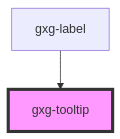
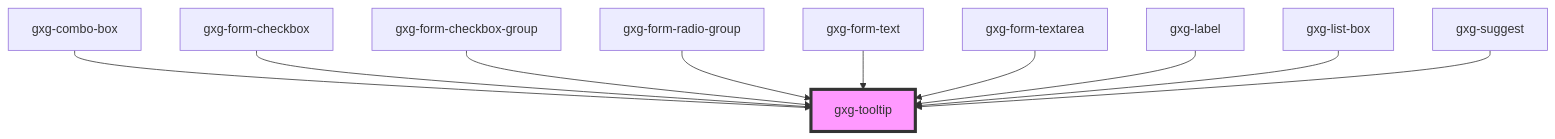
The diagram in src/components/tooltip/readme.md (genexuslabs/gemini), drawn with Mermaid before and after one commit. The commit also changed other lines of this file and 19 other files, not shown here.

````diff
--- a/src/components/tooltip/readme.md
+++ b/src/components/tooltip/readme.md
@@ -21,5 +29,13 @@
 ```mermaid
 graph TD;
+  gxg-combo-box --> gxg-tooltip
+  gxg-form-checkbox --> gxg-tooltip
+  gxg-form-checkbox-group --> gxg-tooltip
+  gxg-form-radio-group --> gxg-tooltip
+  gxg-form-text --> gxg-tooltip
+  gxg-form-textarea --> gxg-tooltip
   gxg-label --> gxg-tooltip
+  gxg-list-box --> gxg-tooltip
+  gxg-suggest --> gxg-tooltip
   style gxg-tooltip fill:#f9f,stroke:#333,stroke-width:4px
 ```
````
